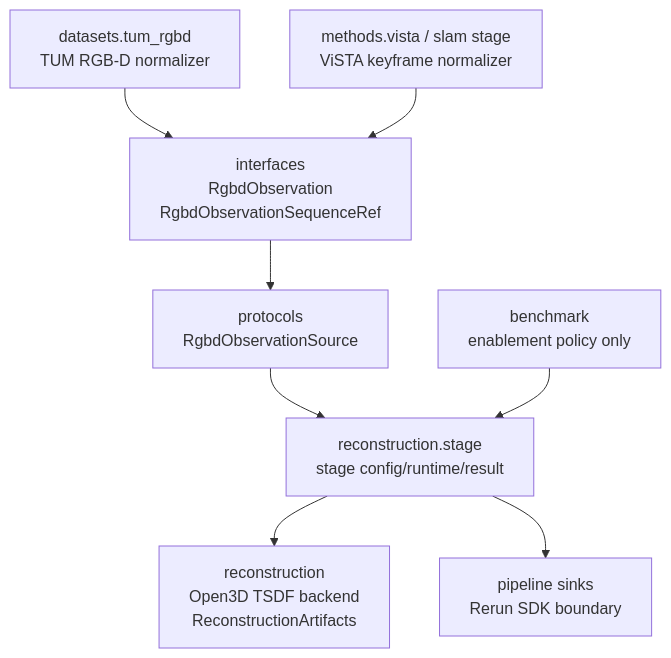
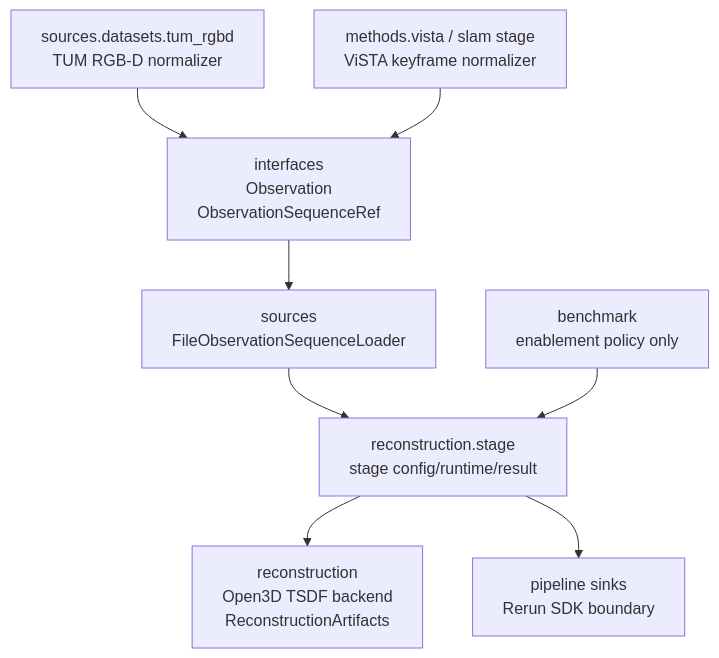
Before and after one commit to JanDuchscherer104/prml-vslam: the first of 5 diagrams in docs/architecture/reconstruction-stage-target.md, drawn with Mermaid. The commit also changed other lines of this file and 178 other files, not shown here.

````diff
--- a/docs/architecture/reconstruction-stage-target.md
+++ b/docs/architecture/reconstruction-stage-target.md
@@ -65,19 +65,19 @@
 ```mermaid
 flowchart TB
-    Interfaces["interfaces<br/>RgbdObservation<br/>RgbdObservationSequenceRef"]
-    Protocols["protocols<br/>RgbdObservationSource"]
-    Datasets["datasets.tum_rgbd<br/>TUM RGB-D normalizer"]
+    Interfaces["interfaces<br/>Observation<br/>ObservationSequenceRef"]
+    Sources["sources<br/>FileObservationSequenceLoader"]
+    Datasets["sources.datasets.tum_rgbd<br/>TUM RGB-D normalizer"]
     Methods["methods.vista / slam stage<br/>ViSTA keyframe normalizer"]
     Pipeline["reconstruction.stage<br/>stage config/runtime/result"]
     Reconstruction["reconstruction<br/>Open3D TSDF backend<br/>ReconstructionArtifacts"]
     Benchmark["benchmark<br/>enablement policy only"]
     Rerun["pipeline sinks<br/>Rerun SDK boundary"]
 
     Datasets --> Interfaces
     Methods --> Interfaces
-    Interfaces --> Protocols
-    Protocols --> Pipeline
+    Interfaces --> Sources
+    Sources --> Pipeline
     Pipeline --> Reconstruction
     Benchmark --> Pipeline
     Pipeline --> Rerun
 ```
````
